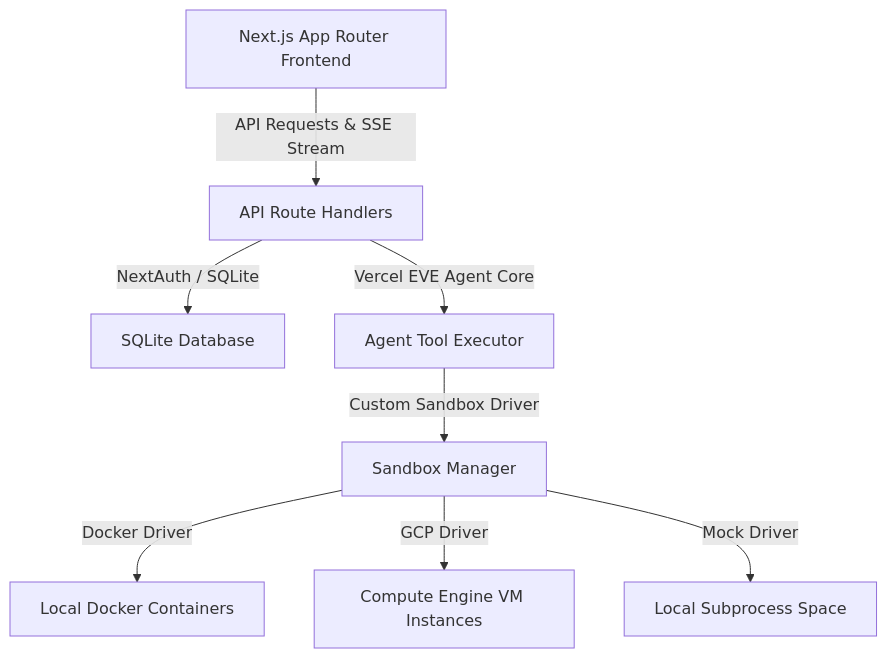
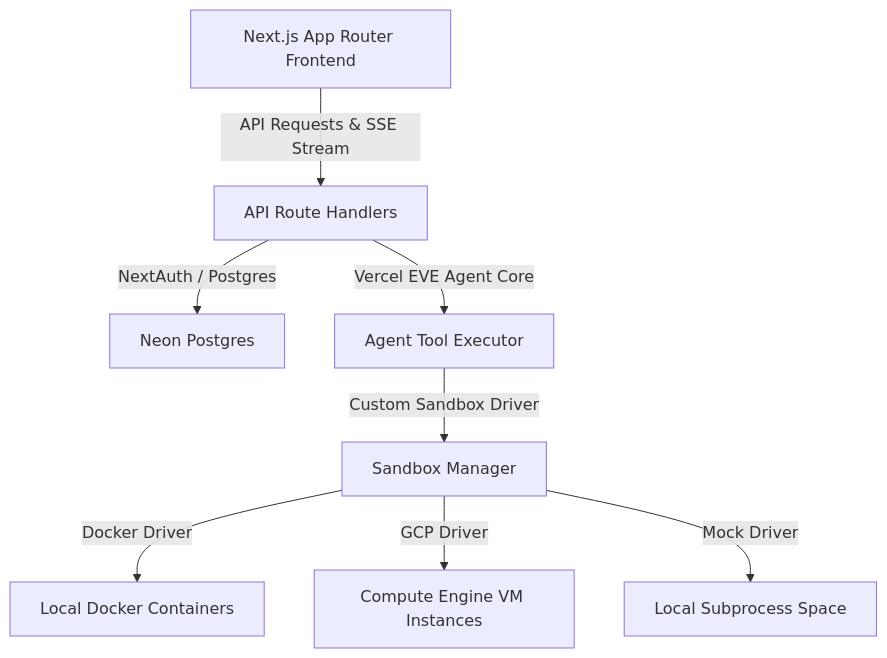
Before and after one commit to EthanThatOneKid/gcp-computer: the diagram in README.md, drawn with Mermaid. The commit also changed other lines of this file and 15 other files, not shown here.

````diff
--- a/README.md
+++ b/README.md
@@ -13,10 +13,10 @@
 ```mermaid
 graph TD
     A[Next.js App Router Frontend] -->|API Requests & SSE Stream| B[API Route Handlers]
-    B -->|NextAuth / SQLite| C[SQLite Database]
+        B -->|NextAuth / Postgres| C[Neon Postgres]
     B -->|Vercel EVE Agent Core| D[Agent Tool Executor]
     D -->|Custom Sandbox Driver| E[Sandbox Manager]
     E -->|Docker Driver| F[Local Docker Containers]
     E -->|GCP Driver| G[Compute Engine VM Instances]
     E -->|Mock Driver| H[Local Subprocess Space]
 ```
````
